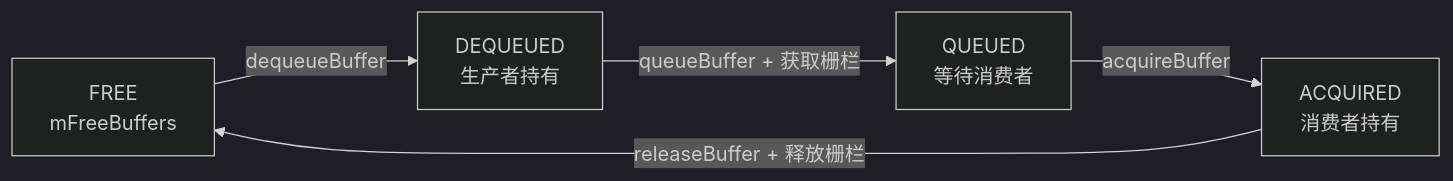
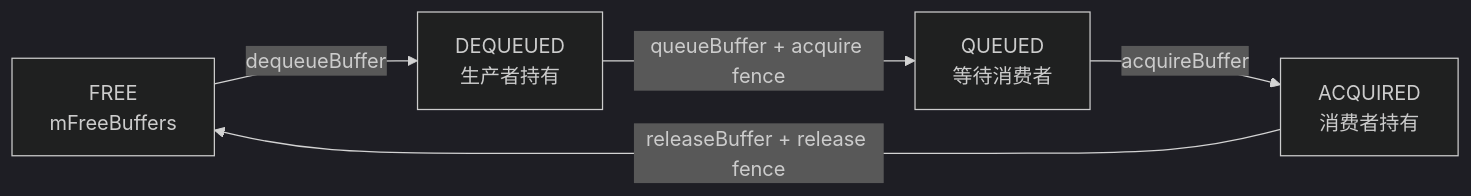
Before and after one commit to Gracker/android-internals-wiki: the second of 2 diagrams in src/part1-fundamentals/ch02-rendering/32-graphic-buffer-memory-pool.md, drawn with Mermaid (dark theme). The commit also changed other lines of this file and 4 other files, not shown here.

````diff
--- a/src/part1-fundamentals/ch02-rendering/32-graphic-buffer-memory-pool.md
+++ b/src/part1-fundamentals/ch02-rendering/32-graphic-buffer-memory-pool.md
@@ -269,7 +269,7 @@
 ```mermaid
 flowchart LR
     F["FREE<br/>mFreeBuffers"] -->|"dequeueBuffer"| D["DEQUEUED<br/>生产者持有"]
-    D -->|"queueBuffer + 获取栅栏"| Q["QUEUED<br/>等待消费者"]
+    D -->|"queueBuffer + acquire fence"| Q["QUEUED<br/>等待消费者"]
     Q -->|"acquireBuffer"| A["ACQUIRED<br/>消费者持有"]
-    A -->|"releaseBuffer + 释放栅栏"| F
+    A -->|"releaseBuffer + release fence"| F
 ```
````
